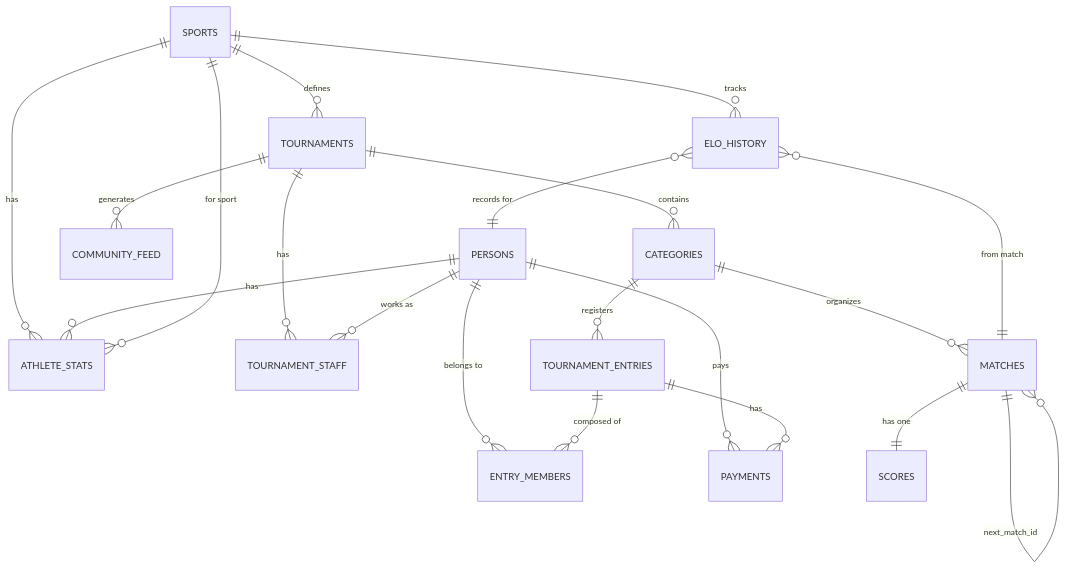
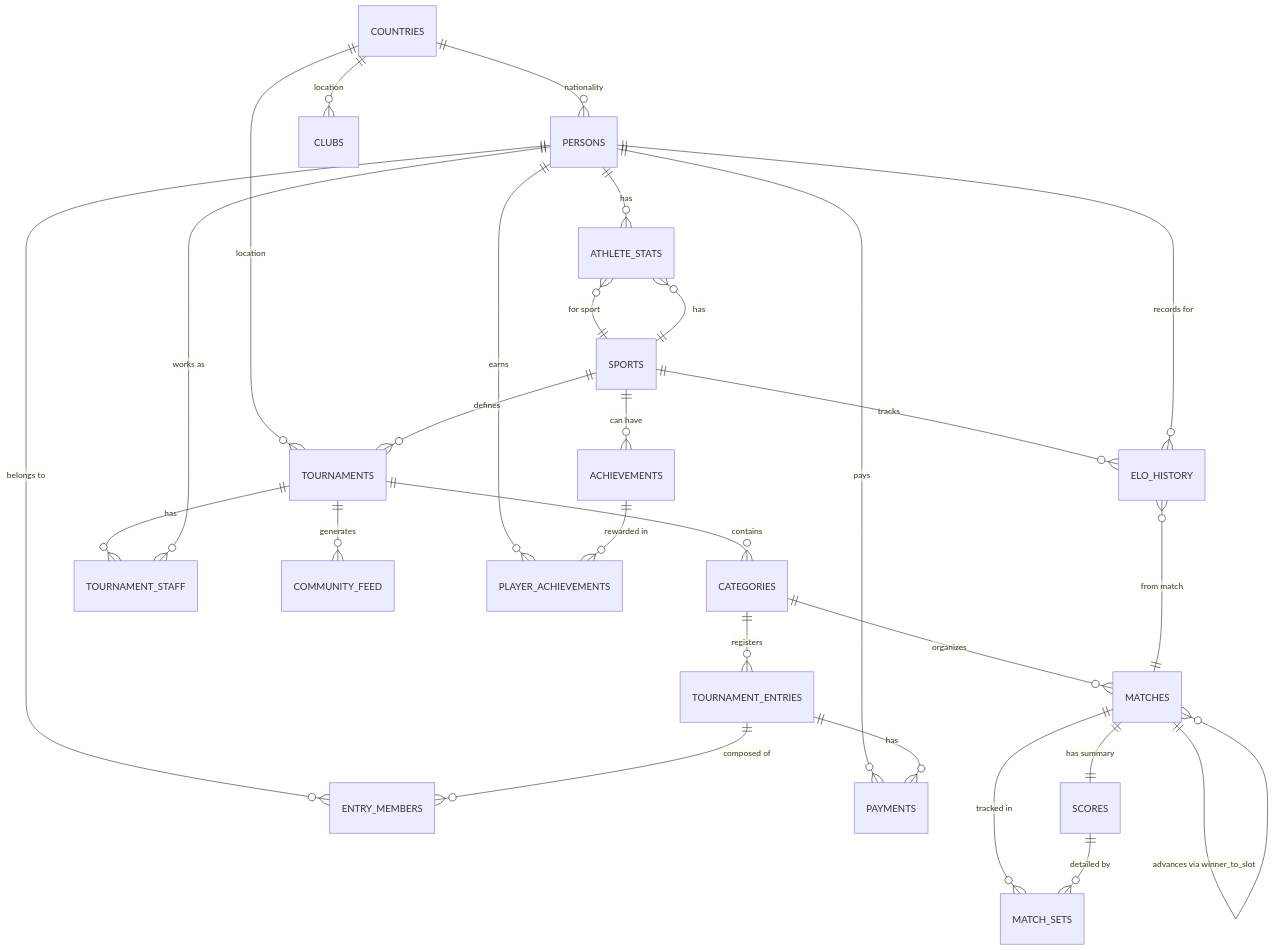
One commit to felipe90/rallyOS-app changed the second of 4 diagrams in webdocs/architecture/ARCHITECTURE_DIAGRAMS.md. Above: the diagram before and after it, drawn with Mermaid. The commit also changed other lines of this file and 21 other files, not shown here.

Commit message:
chore(arch): high-level architectural overhaul, engagement layer, and global readiness

````diff
--- a/webdocs/architecture/ARCHITECTURE_DIAGRAMS.md
+++ b/webdocs/architecture/ARCHITECTURE_DIAGRAMS.md
@@ -61,29 +64,40 @@
 ```mermaid
 erDiagram
+    COUNTRIES ||--o{ PERSONS : "nationality"
+    COUNTRIES ||--o{ CLUBS : "location"
+    COUNTRIES ||--o{ TOURNAMENTS : "location"
+
     SPORTS ||--o{ ATHLETE_STATS : "has"
     SPORTS ||--o{ TOURNAMENTS : "defines"
     SPORTS ||--o{ ELO_HISTORY : "tracks"
+    SPORTS ||--o{ ACHIEVEMENTS : "can have"
     
     TOURNAMENTS ||--o{ CATEGORIES : "contains"
     TOURNAMENTS ||--o{ TOURNAMENT_STAFF : "has"
     TOURNAMENTS ||--o{ COMMUNITY_FEED : "generates"
     
     CATEGORIES ||--o{ TOURNAMENT_ENTRIES : "registers"
     CATEGORIES ||--o{ MATCHES : "organizes"
     
     PERSONS ||--o{ ATHLETE_STATS : "has"
     PERSONS ||--o{ ENTRY_MEMBERS : "belongs to"
     PERSONS ||--o{ TOURNAMENT_STAFF : "works as"
     PERSONS ||--o{ PAYMENTS : "pays"
+    PERSONS ||--o{ PLAYER_ACHIEVEMENTS : "earns"
     
     ATHLETE_STATS }o--|| SPORTS : "for sport"
     
+    ACHIEVEMENTS ||--o{ PLAYER_ACHIEVEMENTS : "rewarded in"
+
     TOURNAMENT_ENTRIES ||--o{ ENTRY_MEMBERS : "composed of"
     TOURNAMENT_ENTRIES ||--o{ PAYMENTS : "has"
     
-    MATCHES ||--|| SCORES : "has one"
-    MATCHES ||--o{ MATCHES : "next_match_id"
+    MATCHES ||--|| SCORES : "has summary"
+    MATCHES ||--o{ MATCH_SETS : "tracked in"
+    MATCHES ||--o{ MATCHES : "advances via winner_to_slot"
+    
+    SCORES ||--o{ MATCH_SETS : "detailed by"
     
     ELO_HISTORY }o--|| PERSONS : "records for"
     ELO_HISTORY }o--|| MATCHES : "from match"
 ```
````
